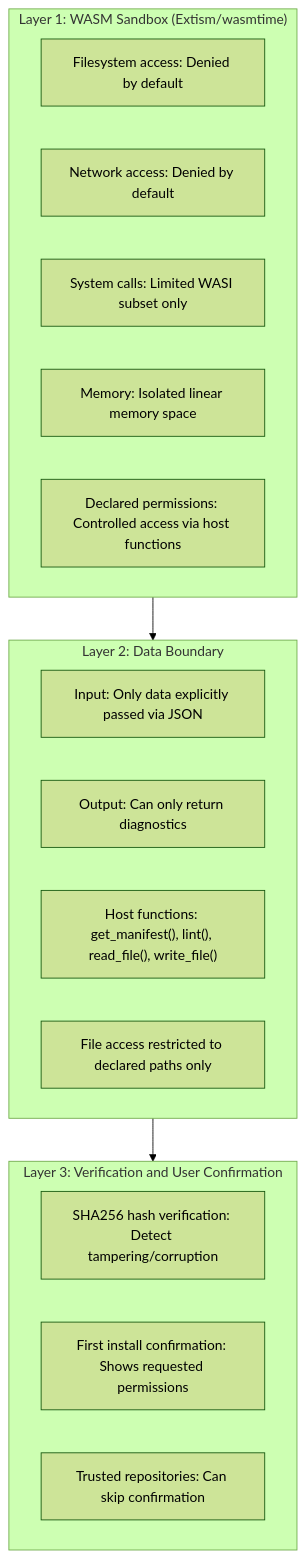
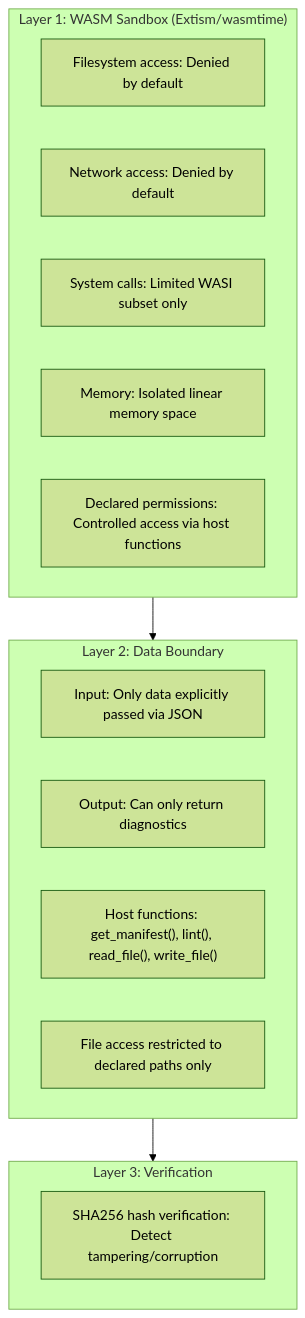
One commit to simorgh3196/tsuzulint changed the second of 3 diagrams in docs/plugin-distribution.md. Above: the diagram before and after it, drawn with Mermaid (forest theme). The commit also changed other lines of this file and 2 other files, not shown here.

Commit message:
docs: Rename CLI commands from `tsuzulint` to `tzlint`, remove plugin trust and confirmation features, and update the cache directory path.

````diff
--- a/docs/plugin-distribution.md
+++ b/docs/plugin-distribution.md
@@ -563,25 +493,23 @@
 ```mermaid
 flowchart TB
     subgraph L1["Layer 1: WASM Sandbox (Extism/wasmtime)"]
         L1A["Filesystem access: Denied by default"]
         L1B["Network access: Denied by default"]
         L1C["System calls: Limited WASI subset only"]
         L1D["Memory: Isolated linear memory space"]
         L1E["Declared permissions: Controlled access via host functions"]
     end
 
     subgraph L2["Layer 2: Data Boundary"]
         L2A["Input: Only data explicitly passed via JSON"]
         L2B["Output: Can only return diagnostics"]
         L2C["Host functions: get_manifest(), lint(), read_file(), write_file()"]
         L2D["File access restricted to declared paths only"]
     end
 
-    subgraph L3["Layer 3: Verification and User Confirmation"]
+    subgraph L3["Layer 3: Verification"]
         L3A["SHA256 hash verification: Detect tampering/corruption"]
-        L3B["First install confirmation: Shows requested permissions"]
-        L3C["Trusted repositories: Can skip confirmation"]
     end
 
     L1 --> L2 --> L3
 ```
````
